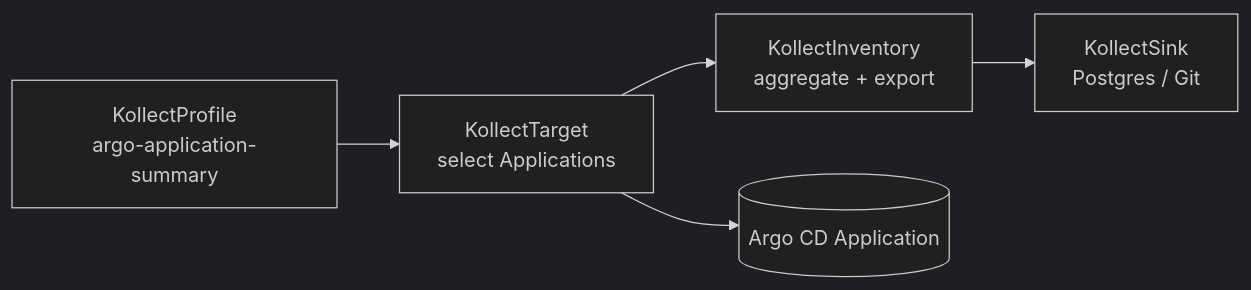
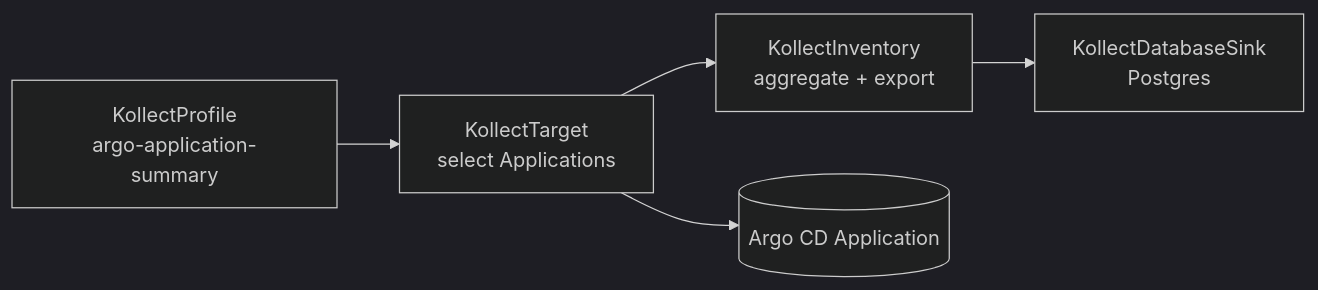
The diagram in docs/examples/helm-release-inventory.md (PlatformRelay/Kollect), drawn with Mermaid (dark theme) before and after one commit. The commit also changed other lines of this file and 1 other file, not shown here.

First line of the commit message:
:page_facing_up: docs(examples): retcon removed KollectSink to family sinks

````diff
--- a/docs/examples/helm-release-inventory.md
+++ b/docs/examples/helm-release-inventory.md
@@ -19,12 +19,12 @@
 ```mermaid
 flowchart LR
   Profile[KollectProfile<br/>argo-application-summary]
   Target[KollectTarget<br/>select Applications]
   Inv[KollectInventory<br/>aggregate + export]
-  Sink[KollectSink<br/>Postgres / Git]
+  Sink[KollectDatabaseSink<br/>Postgres]
   Argo[(Argo CD Application)]
   Profile --> Target
   Target --> Argo
   Target --> Inv
   Inv --> Sink
 ```
````
